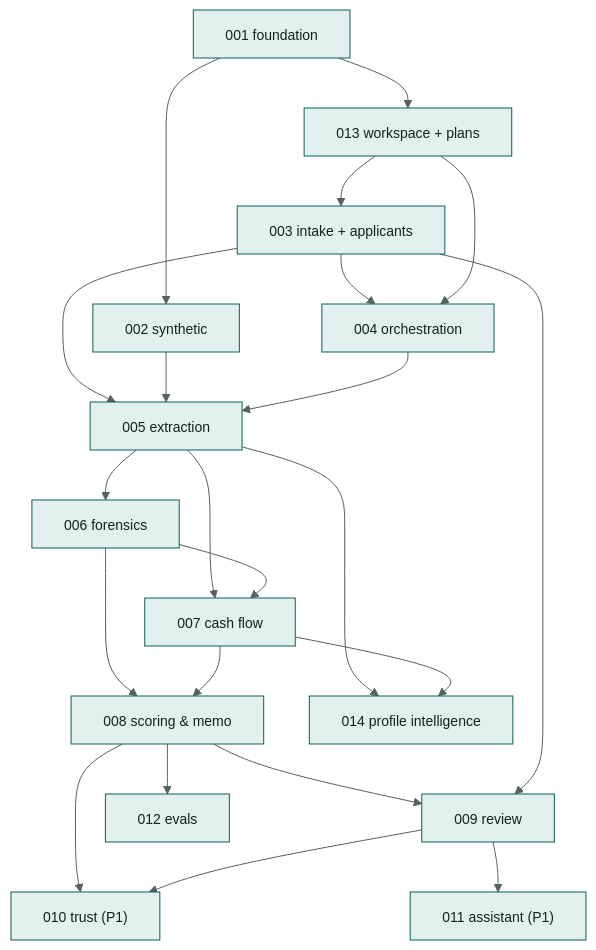
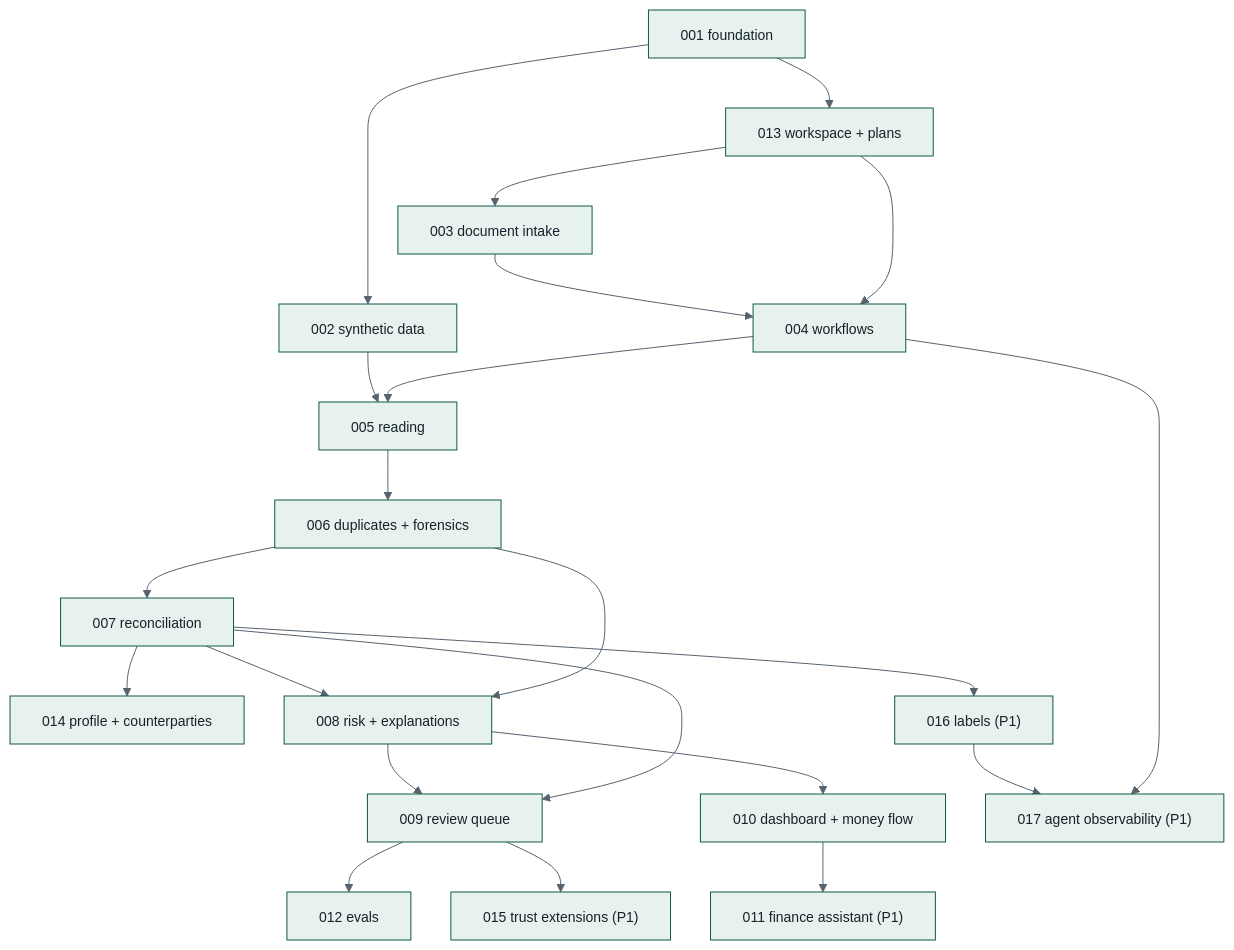
The diagram in docs/specs/README.md (fadlytanjung/kredibel), drawn with Mermaid before and after one commit. The commit also changed other lines of this file and 245 other files, not shown here.

````diff
--- a/docs/specs/README.md
+++ b/docs/specs/README.md
@@ -30,25 +33,25 @@
 ```mermaid
-%%{init: {"theme": "base", "themeVariables": {"fontFamily": "Arial, Helvetica, sans-serif", "fontSize": "14px", "primaryColor": "#E3F1EE", "primaryBorderColor": "#0F5E56", "primaryTextColor": "#14201C", "lineColor": "#55625D", "secondaryColor": "#F0F2EF", "tertiaryColor": "#FFFFFF", "clusterBkg": "#F7F8F6", "clusterBorder": "#B8BFB9", "noteBkgColor": "#FEF0C7", "noteTextColor": "#14201C"}, "htmlLabels": false, "flowchart": {"htmlLabels": false, "padding": 16, "nodeSpacing": 40, "rankSpacing": 50, "wrappingWidth": 220}, "sequence": {"wrap": true, "useMaxWidth": true, "noteFontFamily": "Arial, Helvetica, sans-serif", "messageFontFamily": "Arial, Helvetica, sans-serif", "actorFontFamily": "Arial, Helvetica, sans-serif"}}}%%
+%%{init: {"theme": "base", "themeVariables": {"fontFamily": "Arial, Helvetica, sans-serif", "fontSize": "14px", "primaryColor": "#E7F2EE", "primaryBorderColor": "#0E5A47", "primaryTextColor": "#16212B", "lineColor": "#56636F", "secondaryColor": "#E8ECEE", "tertiaryColor": "#FFFFFF", "clusterBkg": "#F2F4F5", "clusterBorder": "#B9C2CA", "noteBkgColor": "#FFF5D6", "noteTextColor": "#16212B"}, "htmlLabels": false, "flowchart": {"htmlLabels": false, "padding": 16, "nodeSpacing": 40, "rankSpacing": 50, "wrappingWidth": 220}, "sequence": {"wrap": true, "useMaxWidth": true, "noteFontFamily": "Arial, Helvetica, sans-serif", "messageFontFamily": "Arial, Helvetica, sans-serif", "actorFontFamily": "Arial, Helvetica, sans-serif"}}}%%
 flowchart TB
     s001["001 foundation"] --> s013["013 workspace + plans"]
-    s013 --> s003["003 intake + applicants"]
-    s001 --> s002["002 synthetic"]
-    s003 --> s004["004 orchestration"]
+    s001 --> s002["002 synthetic data"]
+    s013 --> s003["003 document intake"]
+    s003 --> s004["004 workflows"]
     s013 --> s004
-    s003 --> s005
-    s002 --> s005["005 extraction"]
+    s002 --> s005["005 reading"]
     s004 --> s005
-    s005 --> s006["006 forensics"]
-    s005 --> s007["007 cash flow"]
-    s006 --> s007
-    s006 --> s008["008 scoring & memo"]
-    s007 --> s008
-    s008 --> s009["009 review"]
-    s003 --> s009
-    s008 --> s010["010 trust (P1)"]
-    s009 --> s010
-    s009 --> s011["011 assistant (P1)"]
-    s008 --> s012["012 evals"]
-    s005 --> s014["014 profile intelligence"]
-    s007 --> s014
+    s005 --> s006["006 duplicates + forensics"]
+    s006 --> s007["007 reconciliation"]
+    s007 --> s014["014 profile + counterparties"]
+    s007 --> s008["008 risk + explanations"]
+    s006 --> s008
+    s008 --> s009["009 review queue"]
+    s007 --> s009
+    s008 --> s010["010 dashboard + money flow"]
+    s009 --> s012["012 evals"]
+    s010 --> s011["011 finance assistant (P1)"]
+    s009 --> s015["015 trust extensions (P1)"]
+    s007 --> s016["016 labels (P1)"]
+    s016 --> s017["017 agent observability (P1)"]
+    s004 --> s017
 ```
````
